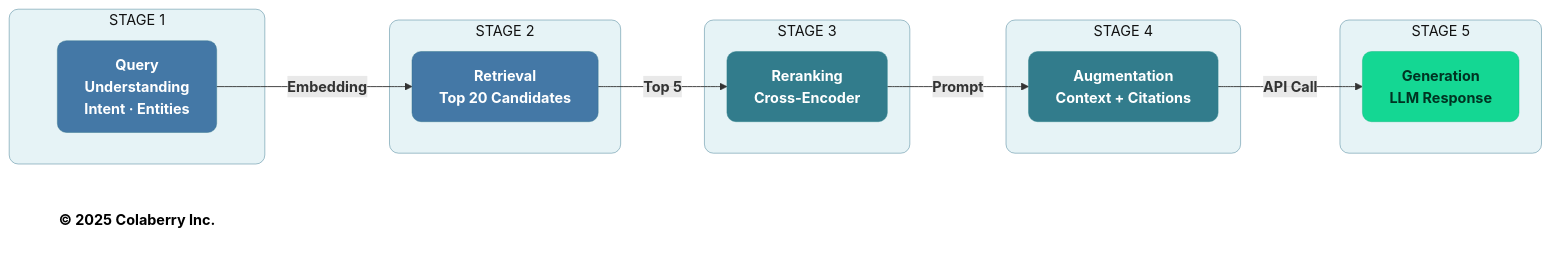
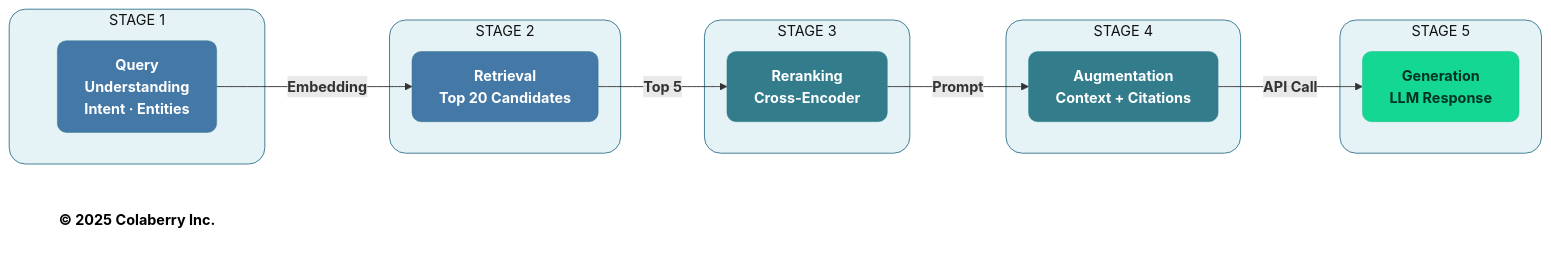
One commit to saitejesh-cyber/trust-before-intelligence-book changed the fifth of 7 diagrams in manuscript/11_chapter_10_week_by_week_implementation.md. Above: the diagram before and after it, drawn with Mermaid. The commit also changed other lines of this file and 12 other files, not shown here.

````diff
--- a/manuscript/11_chapter_10_week_by_week_implementation.md
+++ b/manuscript/11_chapter_10_week_by_week_implementation.md
@@ -862,38 +862,38 @@
 ```mermaid
 graph LR
     subgraph STAGE1["STAGE 1"]
         S1["<b>Query<br/>Understanding</b><br/><b>Intent · Entities</b>"]
     end
     
     subgraph STAGE2["STAGE 2"]
         S2["<b>Retrieval</b><br/><b>Top 20 Candidates</b>"]
     end
     
     subgraph STAGE3["STAGE 3"]
         S3["<b>Reranking</b><br/><b>Cross-Encoder</b>"]
     end
     
     subgraph STAGE4["STAGE 4"]
         S4["<b>Augmentation</b><br/><b>Context + Citations</b>"]
     end
     
     subgraph STAGE5["STAGE 5"]
         S5["<b>Generation</b><br/><b>LLM Response</b>"]
     end
     
     S1 -->|<b>Embedding</b>| S2 -->|<b>Top 5</b>| S3 -->|<b>Prompt</b>| S4 -->|<b>API Call</b>| S5
     
     Copyright["<b>© 2025 Colaberry Inc.</b>"]
     
-    style STAGE1 fill:#E6F3F6,stroke:#32738C,stroke-width:0.5px,color:#121212,rx:10,ry:10
-    style STAGE2 fill:#E6F3F6,stroke:#32738C,stroke-width:0.5px,color:#121212,rx:10,ry:10
-    style STAGE3 fill:#E6F3F6,stroke:#32738C,stroke-width:0.5px,color:#121212,rx:10,ry:10
-    style STAGE4 fill:#E6F3F6,stroke:#32738C,stroke-width:0.5px,color:#121212,rx:10,ry:10
-    style STAGE5 fill:#E6F3F6,stroke:#32738C,stroke-width:0.5px,color:#121212,rx:10,ry:10
+    style STAGE1 fill:#E6F3F6,stroke:#32738C,stroke-width:1px,color:#121212,rx:18,ry:18
+    style STAGE2 fill:#E6F3F6,stroke:#32738C,stroke-width:1px,color:#121212,rx:18,ry:18
+    style STAGE3 fill:#E6F3F6,stroke:#32738C,stroke-width:1px,color:#121212,rx:18,ry:18
+    style STAGE4 fill:#E6F3F6,stroke:#32738C,stroke-width:1px,color:#121212,rx:18,ry:18
+    style STAGE5 fill:#E6F3F6,stroke:#32738C,stroke-width:1px,color:#121212,rx:18,ry:18
     style S1 fill:#4478A6,stroke:#32738C,stroke-width:0.5px,color:#ffffff,rx:10,ry:10
     style S2 fill:#4478A6,stroke:#32738C,stroke-width:0.5px,color:#ffffff,rx:10,ry:10
     style S3 fill:#327C8C,stroke:#30838C,stroke-width:0.5px,color:#ffffff,rx:10,ry:10
     style S4 fill:#327C8C,stroke:#30838C,stroke-width:0.5px,color:#ffffff,rx:10,ry:10
     style S5 fill:#14D793,stroke:#0FB67D,stroke-width:0.5px,color:#003322,rx:10,ry:10
     style Copyright fill:none,stroke:none,color:#000000
 ```
````
